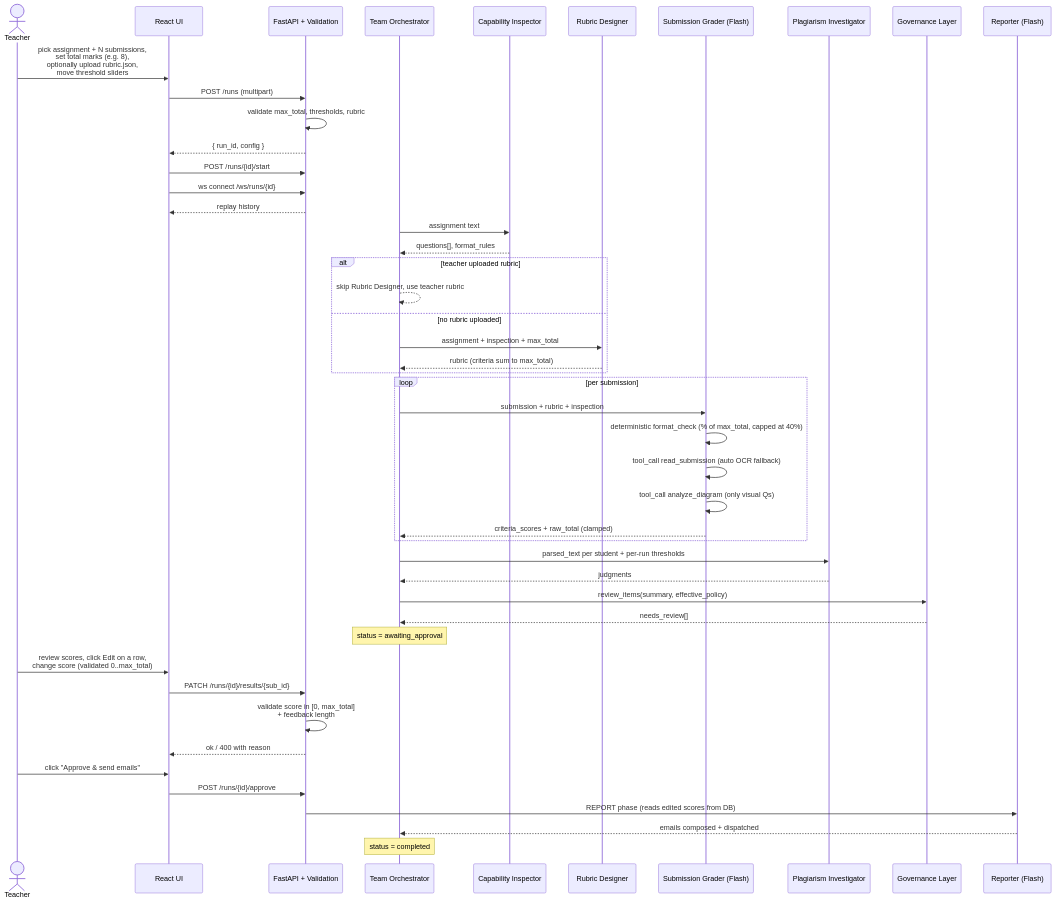
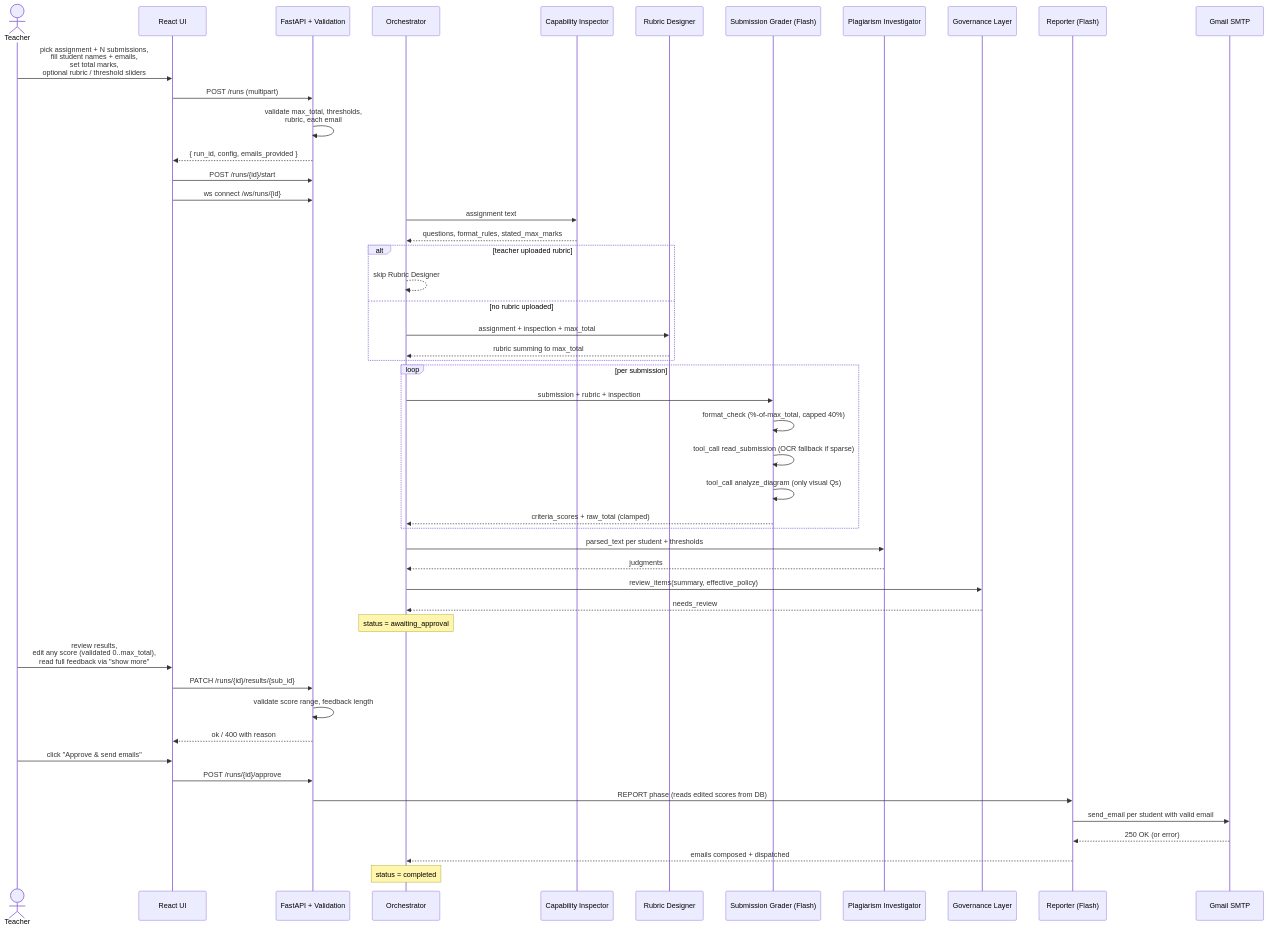
Before and after one commit to AhsanAli-exe/EvalAnime-MultiAgent-AI-Grading-System: the fourth of 6 diagrams in TECHNICAL-DESIGN.md, drawn with Mermaid. The commit also changed other lines of this file and 21 other files, not shown here.

Commit message:
Email validation, API Key issue

````diff
--- a/TECHNICAL-DESIGN.md
+++ b/TECHNICAL-DESIGN.md
@@ -212,53 +280,55 @@
 ```mermaid
 sequenceDiagram
     actor Teacher
     participant UI as React UI
     participant API as FastAPI + Validation
-    participant ORCH as Team Orchestrator
+    participant ORCH as Orchestrator
     participant INSP as Capability Inspector
     participant RUB as Rubric Designer
     participant GR as Submission Grader (Flash)
     participant PLAG as Plagiarism Investigator
     participant GOV as Governance Layer
     participant REP as Reporter (Flash)
+    participant SMTP as Gmail SMTP
 
-    Teacher->>UI: pick assignment + N submissions,<br/>set total marks (e.g. 8),<br/>optionally upload rubric.json,<br/>move threshold sliders
+    Teacher->>UI: pick assignment + N submissions,<br/>fill student names + emails,<br/>set total marks,<br/>optional rubric / threshold sliders
     UI->>API: POST /runs (multipart)
-    API->>API: validate max_total, thresholds, rubric
-    API-->>UI: { run_id, config }
+    API->>API: validate max_total, thresholds,<br/>rubric, each email
+    API-->>UI: { run_id, config, emails_provided }
     UI->>API: POST /runs/{id}/start
     UI->>API: ws connect /ws/runs/{id}
-    API-->>UI: replay history
 
     ORCH->>INSP: assignment text
-    INSP-->>ORCH: questions[], format_rules
+    INSP-->>ORCH: questions, format_rules, stated_max_marks
     alt teacher uploaded rubric
-        ORCH-->>ORCH: skip Rubric Designer, use teacher rubric
+        ORCH-->>ORCH: skip Rubric Designer
     else no rubric uploaded
         ORCH->>RUB: assignment + inspection + max_total
-        RUB-->>ORCH: rubric (criteria sum to max_total)
+        RUB-->>ORCH: rubric summing to max_total
     end
     loop per submission
         ORCH->>GR: submission + rubric + inspection
-        GR->>GR: deterministic format_check (% of max_total, capped at 40%)
-        GR->>GR: tool_call read_submission (auto OCR fallback)
+        GR->>GR: format_check (%-of-max_total, capped 40%)
+        GR->>GR: tool_call read_submission (OCR fallback if sparse)
         GR->>GR: tool_call analyze_diagram (only visual Qs)
         GR-->>ORCH: criteria_scores + raw_total (clamped)
     end
-    ORCH->>PLAG: parsed_text per student + per-run thresholds
+    ORCH->>PLAG: parsed_text per student + thresholds
     PLAG-->>ORCH: judgments
     ORCH->>GOV: review_items(summary, effective_policy)
-    GOV-->>ORCH: needs_review[]
+    GOV-->>ORCH: needs_review
     Note over ORCH: status = awaiting_approval
 
-    Teacher->>UI: review scores, click Edit on a row,<br/>change score (validated 0..max_total)
+    Teacher->>UI: review results,<br/>edit any score (validated 0..max_total),<br/>read full feedback via "show more"
     UI->>API: PATCH /runs/{id}/results/{sub_id}
-    API->>API: validate score in [0, max_total]<br/>+ feedback length
+    API->>API: validate score range, feedback length
     API-->>UI: ok / 400 with reason
 
     Teacher->>UI: click "Approve & send emails"
     UI->>API: POST /runs/{id}/approve
     API->>REP: REPORT phase (reads edited scores from DB)
+    REP->>SMTP: send_email per student with valid email
+    SMTP-->>REP: 250 OK (or error)
     REP-->>ORCH: emails composed + dispatched
     Note over ORCH: status = completed
 ```
````
